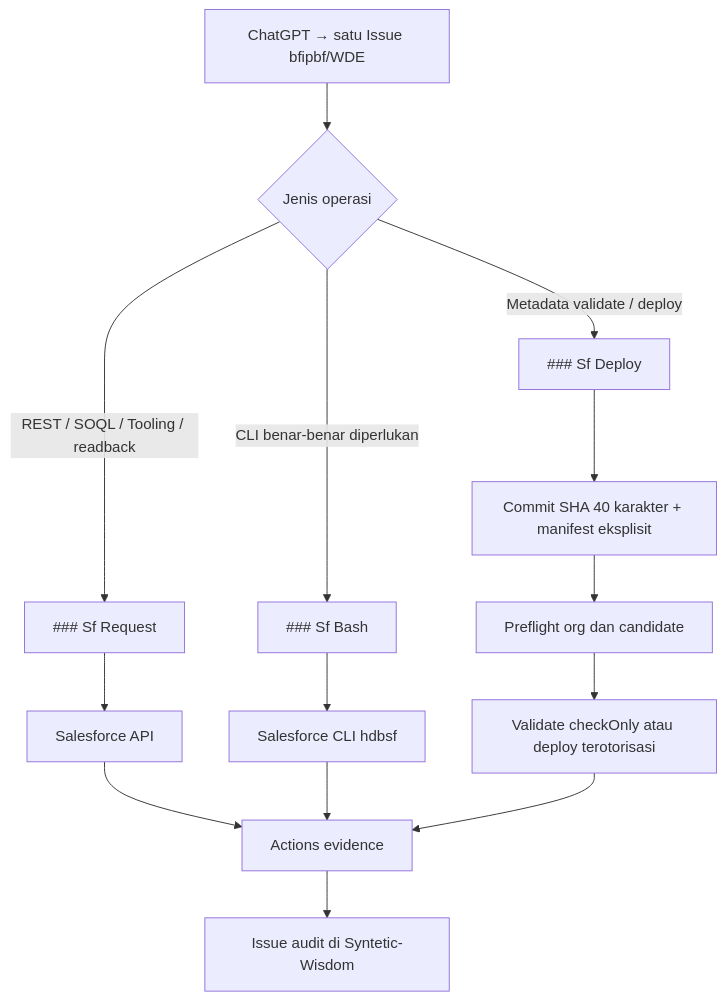
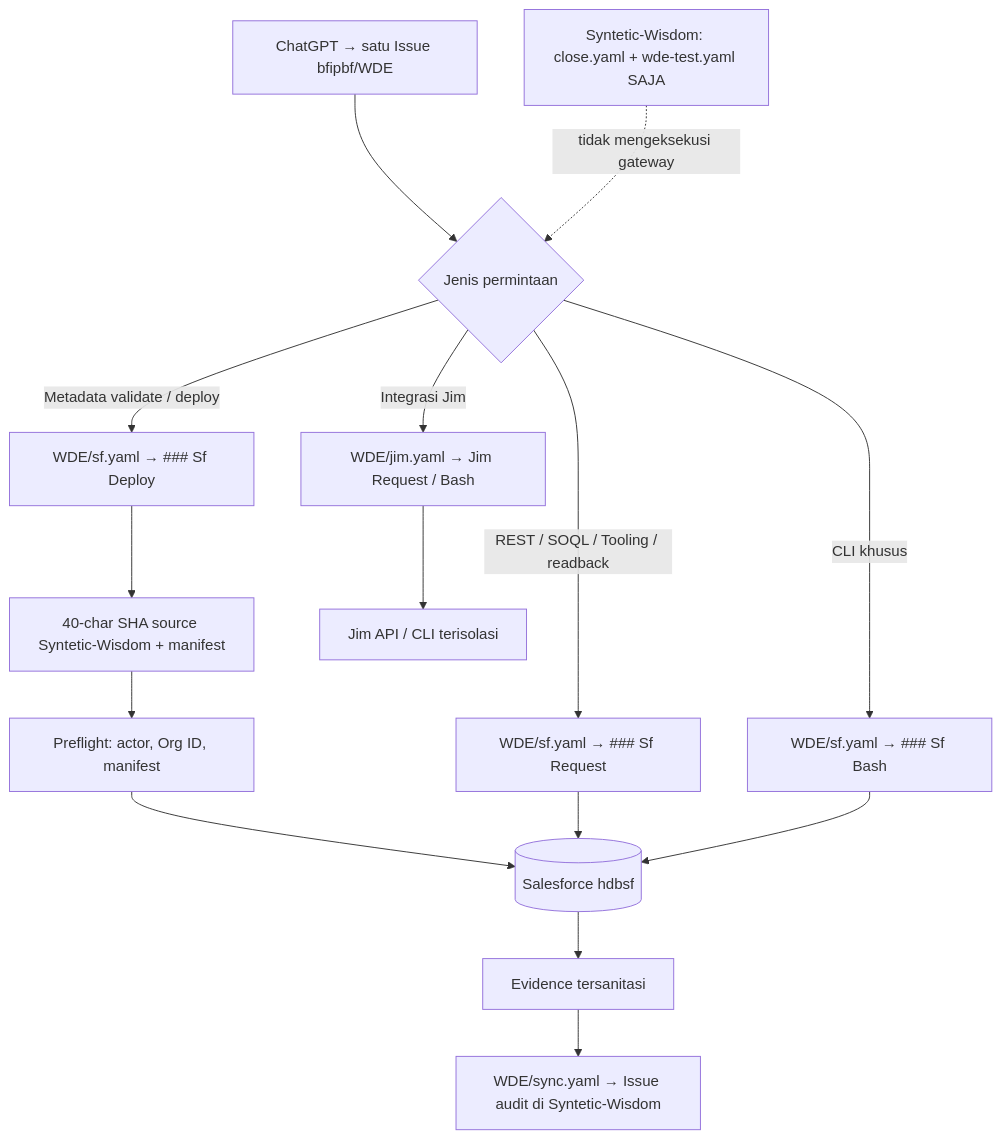
Diagram 18 of 28 in SADD-WDE.md (jimmytobing/Syntetic-Wisdom), drawn with Mermaid before and after one commit. The commit also changed other lines of this file, not shown here.

Commit message:
docs(wde): align visual SADD with two-workflow cleanup and label all Salesforce flows

````diff
--- a/SADD-WDE.md
+++ b/SADD-WDE.md
@@ -388,16 +389,17 @@
 ```mermaid
-flowchart TD
-  CHAT["ChatGPT → satu Issue bfipbf/WDE"] --> ROUTE{"Jenis operasi"}
-  ROUTE -- "REST / SOQL / Tooling / readback" --> REQ["### Sf Request"]
-  ROUTE -- "CLI benar-benar diperlukan" --> BASH["### Sf Bash"]
-  ROUTE -- "Metadata validate / deploy" --> DEP["### Sf Deploy"]
-  REQ --> API["Salesforce API"]
-  BASH --> CLI["Salesforce CLI hdbsf"]
-  DEP --> PIN["Commit SHA 40 karakter + manifest eksplisit"]
-  PIN --> VERIFY["Preflight org dan candidate"]
-  VERIFY --> METADATA["Validate checkOnly atau deploy terotorisasi"]
-  API --> AUDIT["Actions evidence"]
-  CLI --> AUDIT
-  METADATA --> AUDIT
-  AUDIT --> MIRROR["Issue audit di Syntetic-Wisdom"]
+flowchart TB
+  CHAT["ChatGPT → satu Issue bfipbf/WDE"] --> ROUTE{"Jenis permintaan"}
+  ROUTE -- "REST / SOQL / Tooling / readback" --> REQ["WDE/sf.yaml → ### Sf Request"]
+  ROUTE -- "CLI khusus" --> BASH["WDE/sf.yaml → ### Sf Bash"]
+  ROUTE -- "Metadata validate / deploy" --> DEP["WDE/sf.yaml → ### Sf Deploy"]
+  ROUTE -- "Integrasi Jim" --> JIM["WDE/jim.yaml → Jim Request / Bash"]
+  DEP --> SHA["40-char SHA source Syntetic-Wisdom + manifest"]
+  SHA --> VERIFY["Preflight: actor, Org ID, manifest"]
+  VERIFY --> ORG[("Salesforce hdbsf")]
+  REQ --> ORG
+  BASH --> ORG
+  JIM --> PROVIDER["Jim API / CLI terisolasi"]
+  ORG --> EVID["Evidence tersanitasi"]
+  EVID --> SYNC["WDE/sync.yaml → Issue audit di Syntetic-Wisdom"]
+  SRC["Syntetic-Wisdom: close.yaml + wde-test.yaml SAJA"] -. "tidak mengeksekusi gateway" .-> ROUTE
 ```
````
